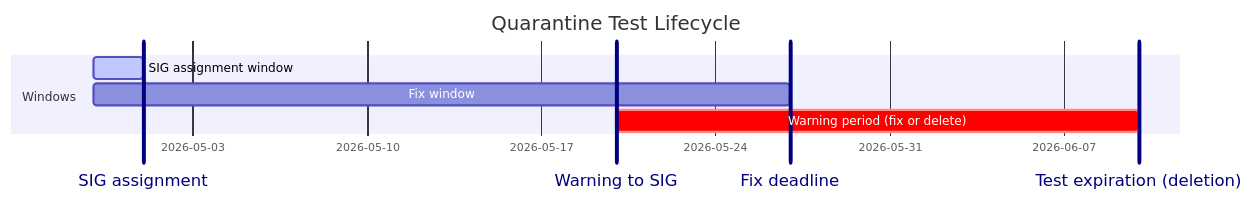
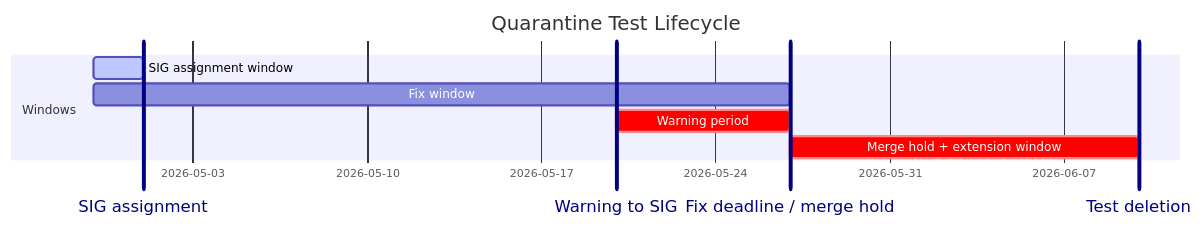
Before and after one commit to kubevirt/kubevirt: the diagram in docs/quarantine.md, drawn with Mermaid. The commit also changed other lines of this file, not shown here.

````diff
--- a/docs/quarantine.md
+++ b/docs/quarantine.md
@@ -63,15 +64,16 @@
 ```mermaid
 gantt
     title Quarantine Test Lifecycle
     dateFormat YYYY-MM-DD
     tickInterval 1week
 
     section Windows
         SIG assignment              :vert, m1, 2026-05-01, 0d
         Warning to SIG              :vert, m2, 2026-05-20, 0d
-        Fix deadline                :vert, m3, 2026-05-27, 0d
-        Test expiration (deletion)  :vert, m4, 2026-06-10, 0d
+        Fix deadline / merge hold   :vert, m3, 2026-05-27, 0d
+        Test deletion               :vert, m4, 2026-06-10, 0d
         SIG assignment window             :active, sig, 2026-04-29, 2d
         Fix window                        :fix, 2026-04-29, 28d
-        Warning period (fix or delete)    :crit, warn, 2026-05-20, 21d
+        Warning period                    :crit, warn, 2026-05-20, 7d
+        Merge hold + extension window     :crit, ext, 2026-05-27, 14d
 ```
````
